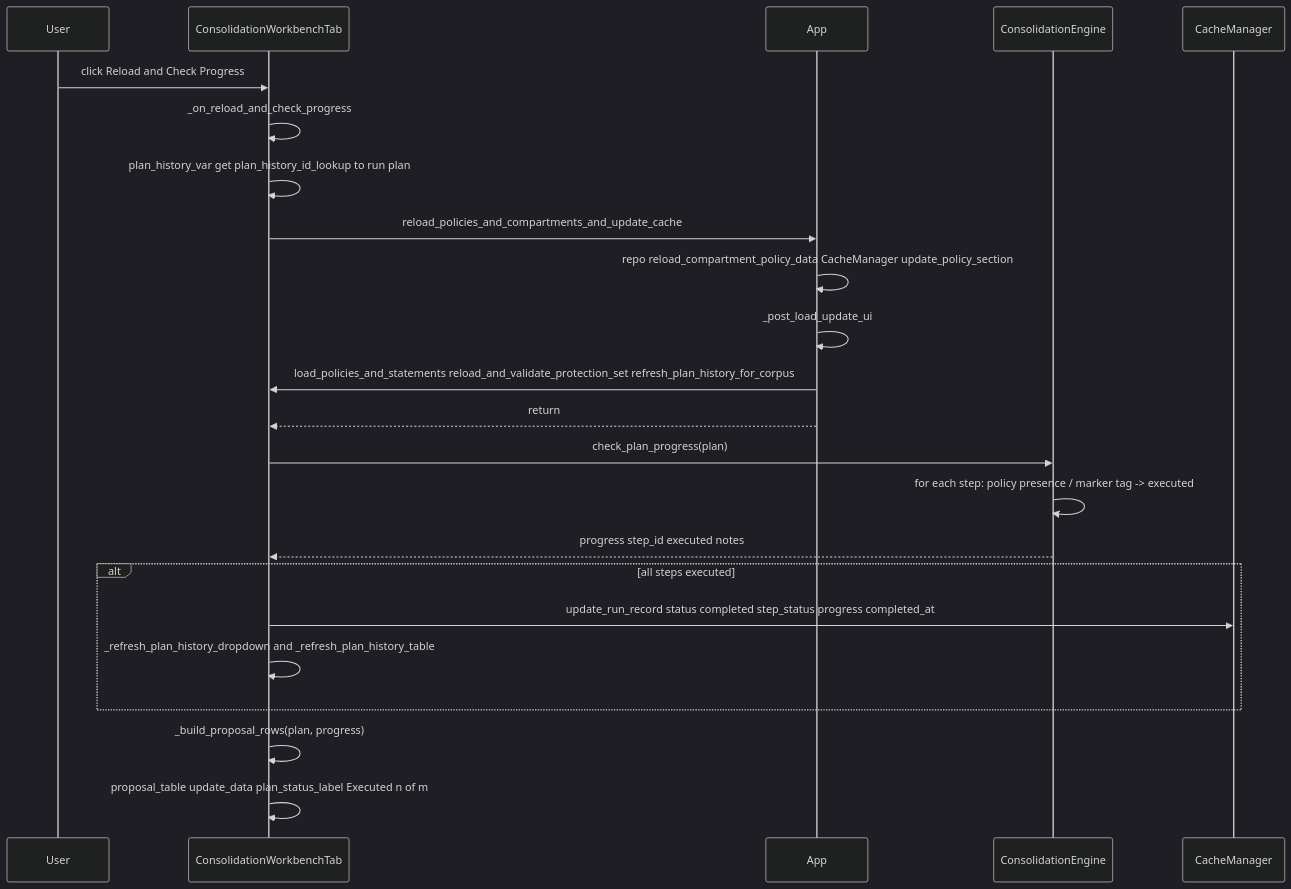
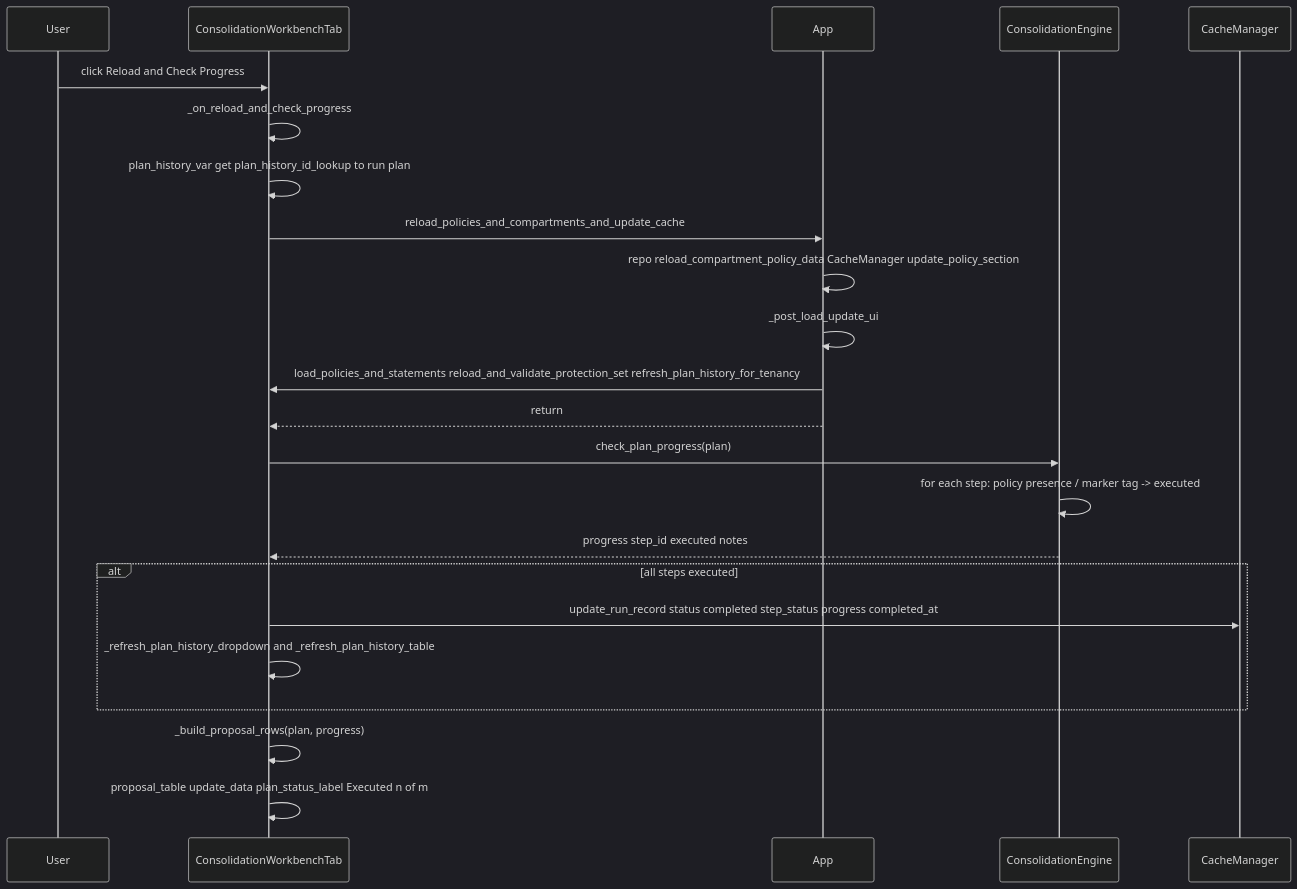
One commit to agregory999/oci-policy-analysis changed the ninth of 10 diagrams in docs/context/project/CONTEXT_policy_consolidation.md. Above: the diagram before and after it, drawn with Mermaid (dark theme). The commit also changed other lines of this file and 21 other files, not shown here.

````diff
--- a/docs/context/project/CONTEXT_policy_consolidation.md
+++ b/docs/context/project/CONTEXT_policy_consolidation.md
@@ -359,28 +360,28 @@
 ```mermaid
 sequenceDiagram
     participant User
     participant Workbench as ConsolidationWorkbenchTab
     participant App
     participant Engine as ConsolidationEngine
     participant Cache as CacheManager
 
     User->>Workbench: click Reload and Check Progress
     Workbench->>Workbench: _on_reload_and_check_progress
     Workbench->>Workbench: plan_history_var get plan_history_id_lookup to run plan
     Workbench->>App: reload_policies_and_compartments_and_update_cache
     App->>App: repo reload_compartment_policy_data CacheManager update_policy_section
     App->>App: _post_load_update_ui
-    App->>Workbench: load_policies_and_statements reload_and_validate_protection_set refresh_plan_history_for_corpus
+    App->>Workbench: load_policies_and_statements reload_and_validate_protection_set refresh_plan_history_for_tenancy
     App-->>Workbench: return
 
     Workbench->>Engine: check_plan_progress(plan)
     Engine->>Engine: for each step: policy presence / marker tag -> executed
     Engine-->>Workbench: progress step_id executed notes
 
     alt all steps executed
         Workbench->>Cache: update_run_record status completed step_status progress completed_at
         Workbench->>Workbench: _refresh_plan_history_dropdown and _refresh_plan_history_table
     end
     Workbench->>Workbench: _build_proposal_rows(plan, progress)
     Workbench->>Workbench: proposal_table update_data plan_status_label Executed n of m
 ```
````
